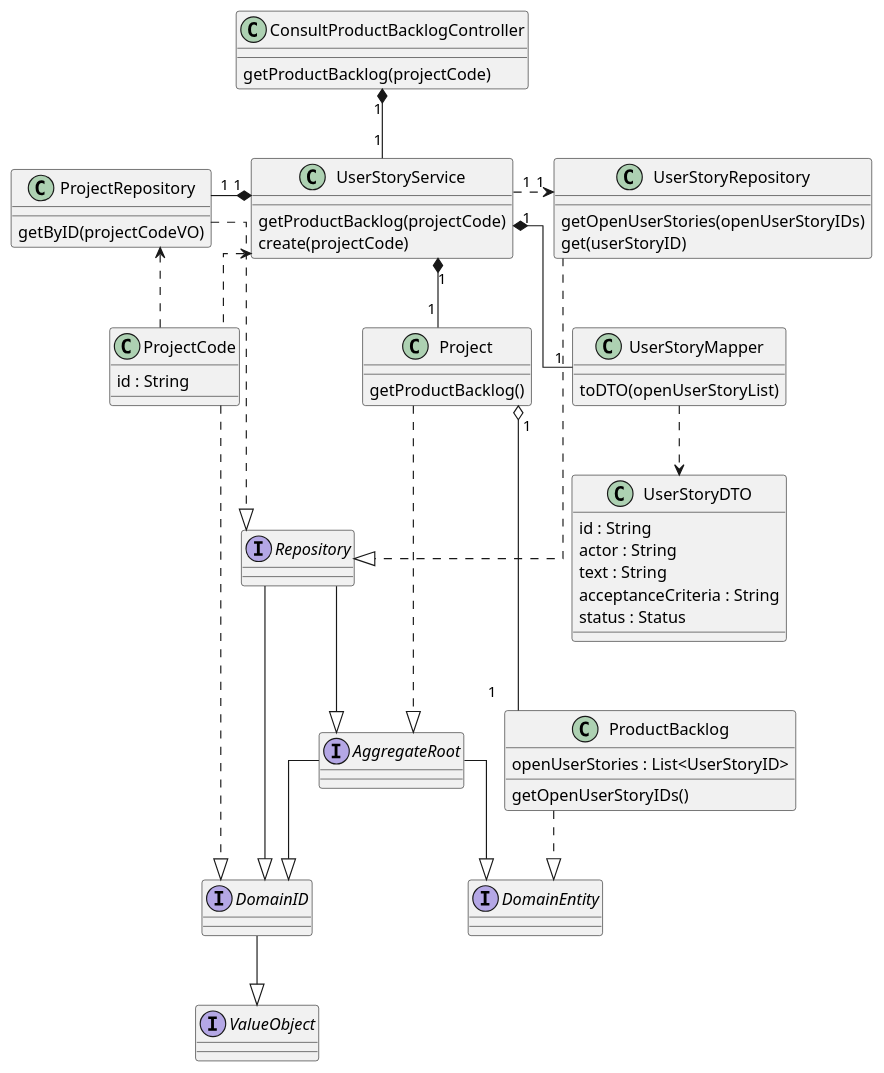
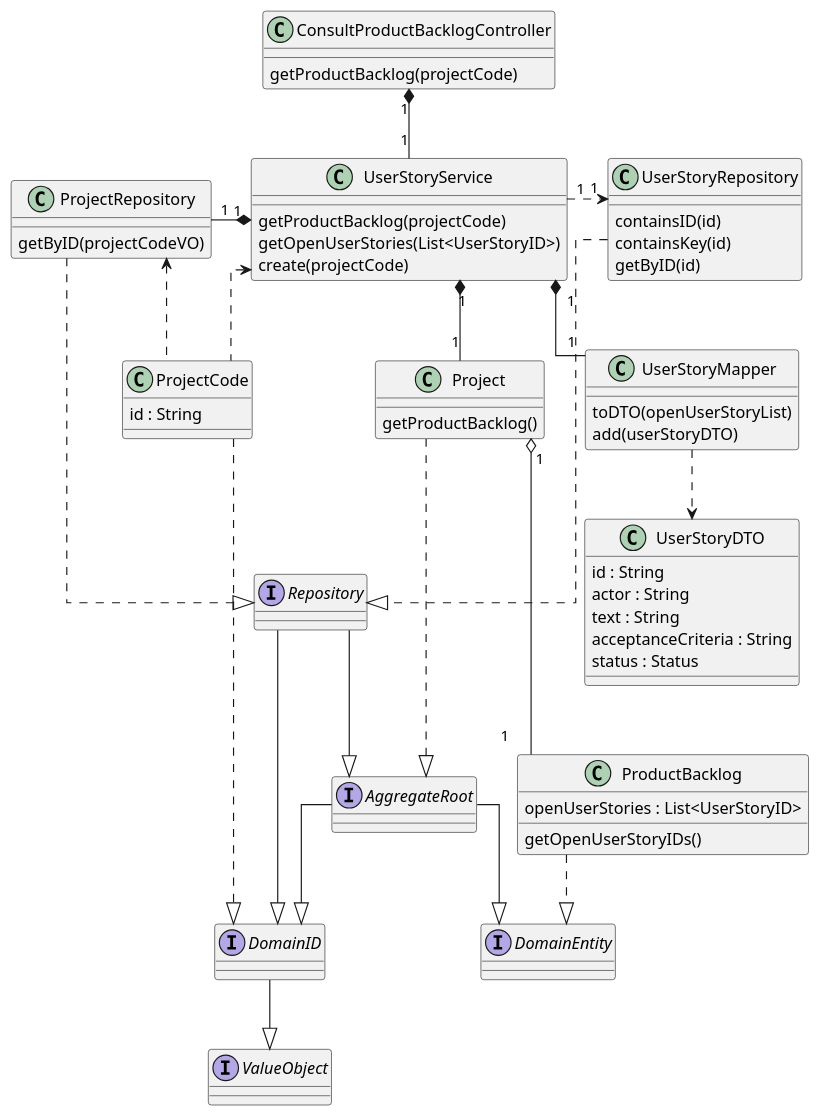
One commit to ivo-menezes/project_g3 changed the diagram in docs/modelling_design/user_stories/us018/US018_ConsultProductBacklogCD.puml. Above: the diagram before and after it, drawn with PlantUML.

Commit message:
US018: Design: Updates for ConsultProductBacklogControllerCD (Addresses #78)

```diff
--- a/docs/modelling_design/user_stories/us018/US018_ConsultProductBacklogCD.puml
+++ b/docs/modelling_design/user_stories/us018/US018_ConsultProductBacklogCD.puml
@@ -1,82 +1,85 @@
 @startuml
 skinparam linetype ortho
 
 class ConsultProductBacklogController {
 getProductBacklog(projectCode)
 }
 
 class UserStoryService {
 getProductBacklog(projectCode)
+getOpenUserStories(List<UserStoryID>)
 create(projectCode)
 }
 
 class UserStoryRepository {
-getOpenUserStories(openUserStoryIDs)
-get(userStoryID)
+containsID(id)
+containsKey(id)
+getByID(id)
 }
 
 class ProjectRepository {
 getByID(projectCodeVO)
 }
 
 class Project{
 getProductBacklog()
 }
 
 class ProductBacklog {
 openUserStories : List<UserStoryID>
 getOpenUserStoryIDs()
 }
 
 class ProjectCode {
 id : String
 }
 
 class UserStoryMapper{
 toDTO(openUserStoryList)
+add(userStoryDTO)
 }
 
 class UserStoryDTO {
 id : String
 actor : String
 text : String
 acceptanceCriteria : String
 status : Status
 }
 
 interface ValueObject {
 }
 
 interface DomainID {
 }
 
 interface Repository {
 }
 
 interface AggregateRoot {
 }
 
 interface DomainEntity {
 }
 
 ConsultProductBacklogController "1" *-- "1" UserStoryService
 UserStoryService "1" *-left- "1" ProjectRepository
 UserStoryService "1" *-- "1" UserStoryMapper
 Project "1" o-- "1" ProductBacklog
 UserStoryService "1" *-- "1" Project
 UserStoryMapper ..> UserStoryDTO
 UserStoryService "1" .right.> "1" UserStoryRepository
 UserStoryRepository -..|> Repository
 ProjectCode .up.> ProjectRepository
 ProjectCode .up.> UserStoryService
 ProjectRepository -..|> Repository
 ProjectCode -.down.|> DomainID
 Project -..|> AggregateRoot
 DomainID --|> ValueObject
 ProductBacklog ..|> DomainEntity
 Repository --|> DomainID
 Repository --|> AggregateRoot
 AggregateRoot --|> DomainID
 AggregateRoot --|> DomainEntity
 
 @enduml
```
